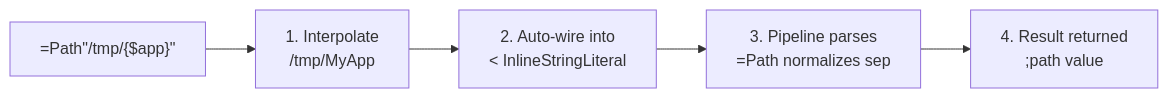
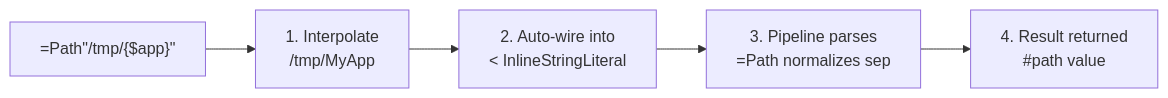
Before and after one commit to hasan-alj88/Polyglot: the fifth of 5 diagrams in docs/user/concepts/pipelines.md, drawn with Mermaid. The commit also changed other lines of this file and 131 other files, not shown here.

````diff
--- a/docs/user/concepts/pipelines.md
+++ b/docs/user/concepts/pipelines.md
@@ -461,10 +461,10 @@
 ```mermaid
 flowchart LR
     RAW["=Path&quot;/tmp/{$app}&quot;"]
     INTERP["1. Interpolate\n/tmp/MyApp"]
     WIRE["2. Auto-wire into\n< InlineStringLiteral"]
     PARSE["3. Pipeline parses\n=Path normalizes sep"]
-    RESULT["4. Result returned\n;path value"]
+    RESULT["4. Result returned\n#path value"]
 
     RAW --> INTERP --> WIRE --> PARSE --> RESULT
 ```
````
